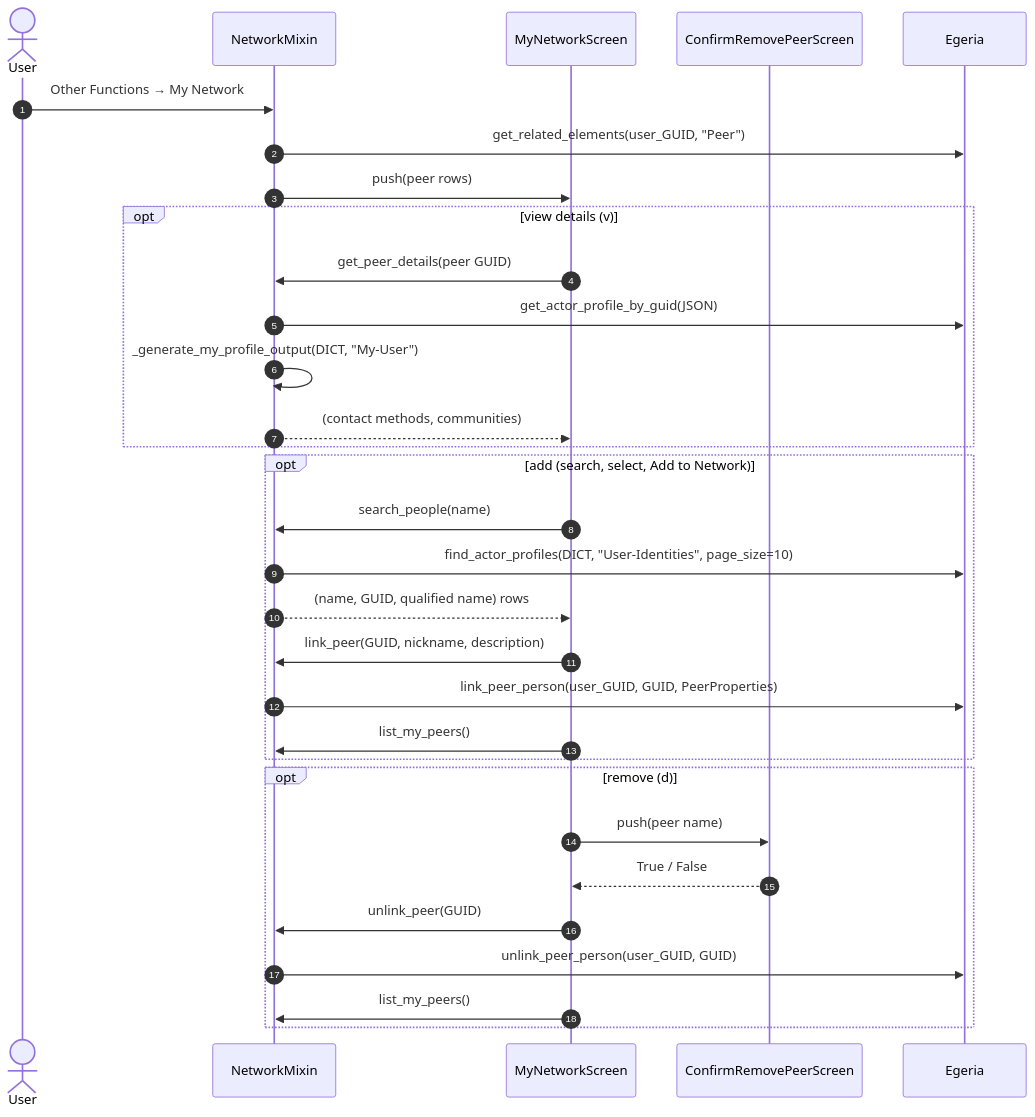
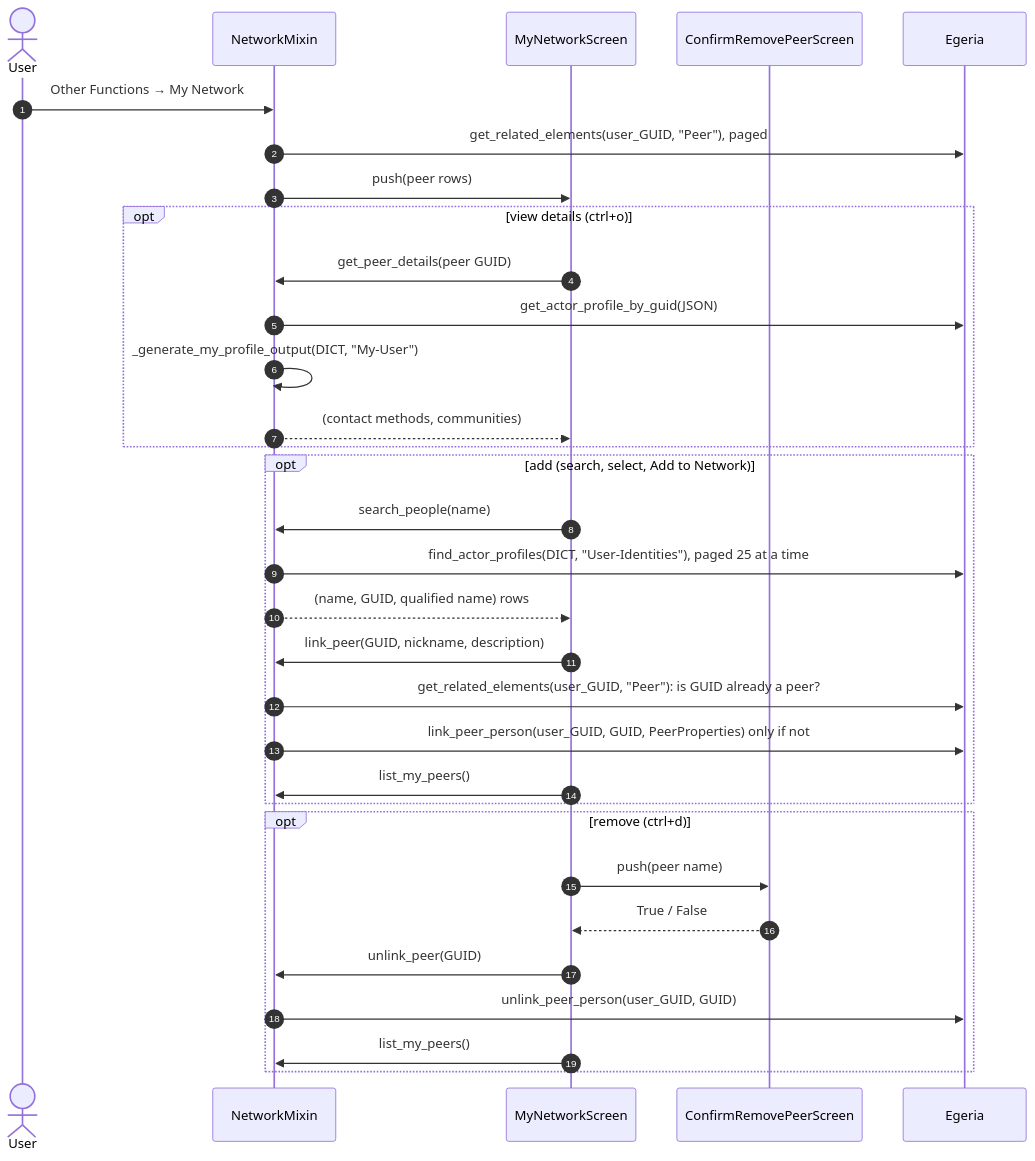
One commit to odpi/egeria-python changed the eighth of 10 diagrams in docs/My-Egeria-Doc.md. Above: the diagram before and after it, drawn with Mermaid. The commit also changed other lines of this file and 31 other files, not shown here.

````diff
--- a/docs/My-Egeria-Doc.md
+++ b/docs/My-Egeria-Doc.md
@@ -532,34 +553,35 @@
 ```mermaid
 sequenceDiagram
     autonumber
     actor User
     participant App as NetworkMixin
     participant MNS as MyNetworkScreen
     participant Confirm as ConfirmRemovePeerScreen
     participant EG as Egeria
 
     User->>App: Other Functions → My Network
-    App->>EG: get_related_elements(user_GUID, "Peer")
+    App->>EG: get_related_elements(user_GUID, "Peer"), paged
     App->>MNS: push(peer rows)
-    opt view details (v)
+    opt view details (ctrl+o)
         MNS->>App: get_peer_details(peer GUID)
         App->>EG: get_actor_profile_by_guid(JSON)
         App->>App: _generate_my_profile_output(DICT, "My-User")
         App-->>MNS: (contact methods, communities)
     end
     opt add (search, select, Add to Network)
         MNS->>App: search_people(name)
-        App->>EG: find_actor_profiles(DICT, "User-Identities", page_size=10)
+        App->>EG: find_actor_profiles(DICT, "User-Identities"), paged 25 at a time
         App-->>MNS: (name, GUID, qualified name) rows
         MNS->>App: link_peer(GUID, nickname, description)
-        App->>EG: link_peer_person(user_GUID, GUID, PeerProperties)
+        App->>EG: get_related_elements(user_GUID, "Peer"): is GUID already a peer?
+        App->>EG: link_peer_person(user_GUID, GUID, PeerProperties) only if not
         MNS->>App: list_my_peers()
     end
-    opt remove (d)
+    opt remove (ctrl+d)
         MNS->>Confirm: push(peer name)
         Confirm-->>MNS: True / False
         MNS->>App: unlink_peer(GUID)
         App->>EG: unlink_peer_person(user_GUID, GUID)
         MNS->>App: list_my_peers()
     end
 ```
````
